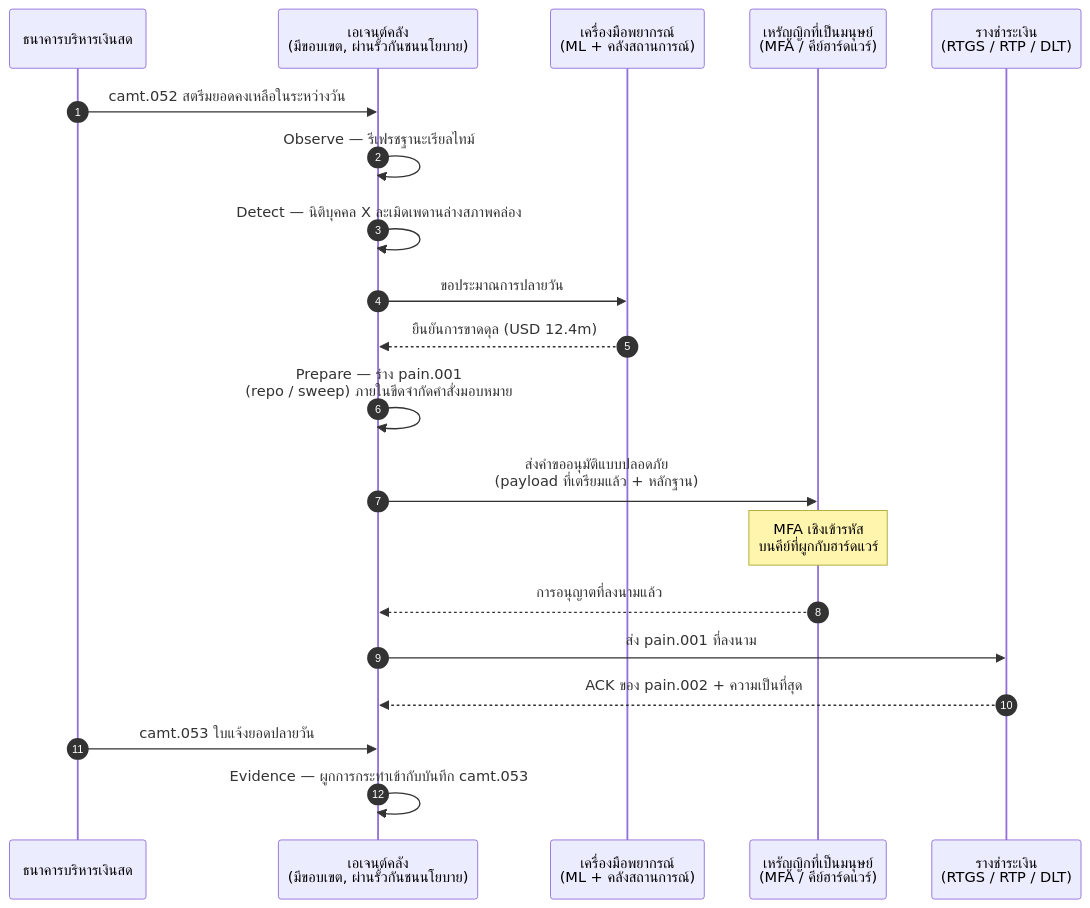
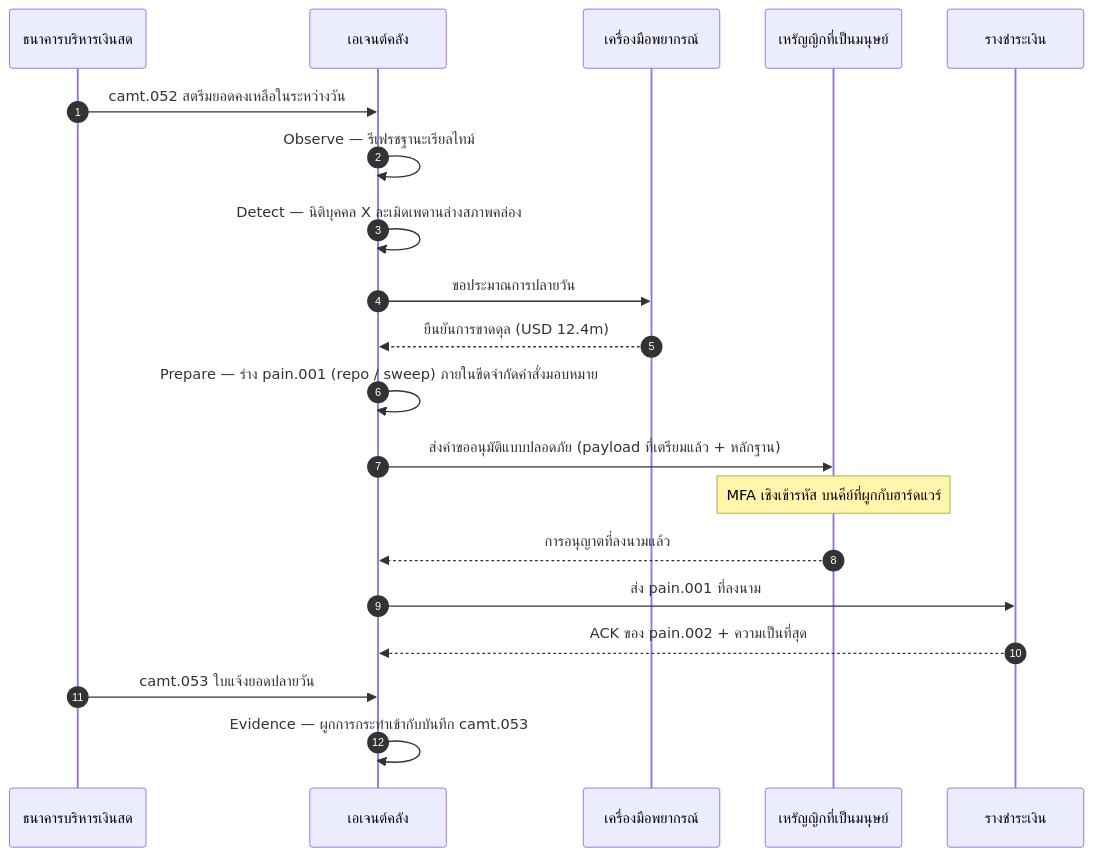
Before and after one commit to sebastienrousseau/sebastienrousseau.github.io: the diagram in _posts/th/2026-06-07-autonomous-treasury-index-programmable-liquidity-tokenised-deposits-2026.md, drawn with Mermaid. The commit also changed 2231 other files, not shown here.

First line of the commit message:
fix(mermaid): unblock Mermaid v10 rendering end-to-end (#198)

````diff
--- a/_posts/th/2026-06-07-autonomous-treasury-index-programmable-liquidity-tokenised-deposits-2026.md
+++ b/_posts/th/2026-06-07-autonomous-treasury-index-programmable-liquidity-tokenised-deposits-2026.md
@@ -152,23 +152,22 @@
 ```mermaid
 sequenceDiagram
     autonumber
     participant Banks as ธนาคารบริหารเงินสด
-    participant Agent as เอเจนต์คลัง<br/>(มีขอบเขต, ผ่านรั้วกันชนนโยบาย)
-    participant Forecast as เครื่องมือพยากรณ์<br/>(ML + คลังสถานการณ์)
-    participant Treasurer as เหรัญญิกที่เป็นมนุษย์<br/>(MFA / คีย์ฮาร์ดแวร์)
-    participant Rails as รางชำระเงิน<br/>(RTGS / RTP / DLT)
-
+    participant Agent as เอเจนต์คลัง
+    participant Forecast as เครื่องมือพยากรณ์
+    participant Treasurer as เหรัญญิกที่เป็นมนุษย์
+    participant Rails as รางชำระเงิน
     Banks->>Agent: camt.052 สตรีมยอดคงเหลือในระหว่างวัน
     Agent->>Agent: Observe — รีเฟรชฐานะเรียลไทม์
     Agent->>Agent: Detect — นิติบุคคล X ละเมิดเพดานล่างสภาพคล่อง
     Agent->>Forecast: ขอประมาณการปลายวัน
     Forecast-->>Agent: ยืนยันการขาดดุล (USD 12.4m)
-    Agent->>Agent: Prepare — ร่าง pain.001<br/>(repo / sweep) ภายในขีดจำกัดคำสั่งมอบหมาย
-    Agent->>Treasurer: ส่งคำขออนุมัติแบบปลอดภัย<br/>(payload ที่เตรียมแล้ว + หลักฐาน)
-    Note over Treasurer: MFA เชิงเข้ารหัส<br/>บนคีย์ที่ผูกกับฮาร์ดแวร์
+    Agent->>Agent: Prepare — ร่าง pain.001 (repo / sweep) ภายในขีดจำกัดคำสั่งมอบหมาย
+    Agent->>Treasurer: ส่งคำขออนุมัติแบบปลอดภัย (payload ที่เตรียมแล้ว + หลักฐาน)
+    Note over Treasurer: MFA เชิงเข้ารหัส บนคีย์ที่ผูกกับฮาร์ดแวร์
     Treasurer-->>Agent: การอนุญาตที่ลงนามแล้ว
     Agent->>Rails: ส่ง pain.001 ที่ลงนาม
     Rails-->>Agent: ACK ของ pain.002 + ความเป็นที่สุด
     Banks->>Agent: camt.053 ใบแจ้งยอดปลายวัน
     Agent->>Agent: Evidence — ผูกการกระทำเข้ากับบันทึก camt.053
 ```
````
